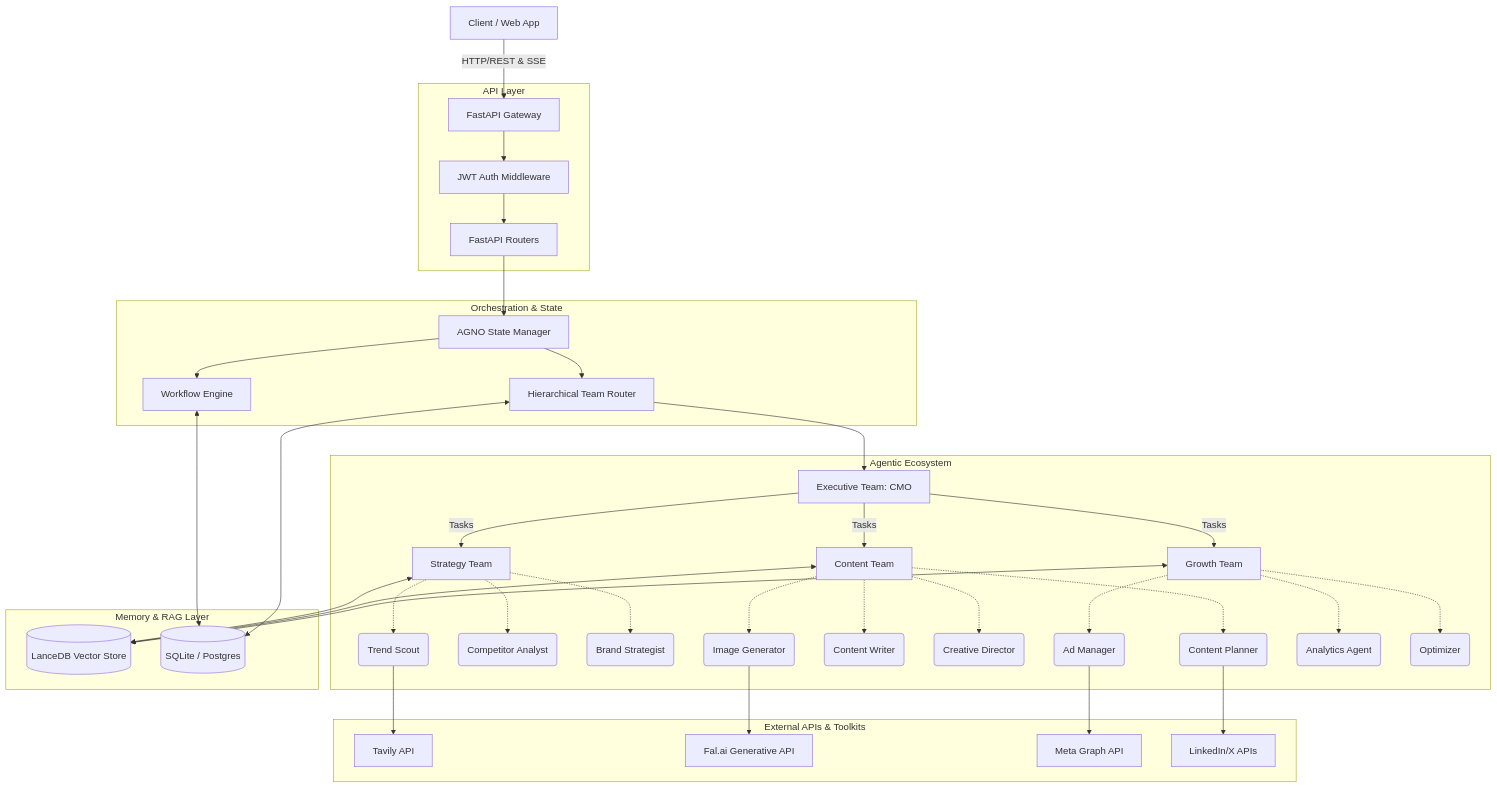
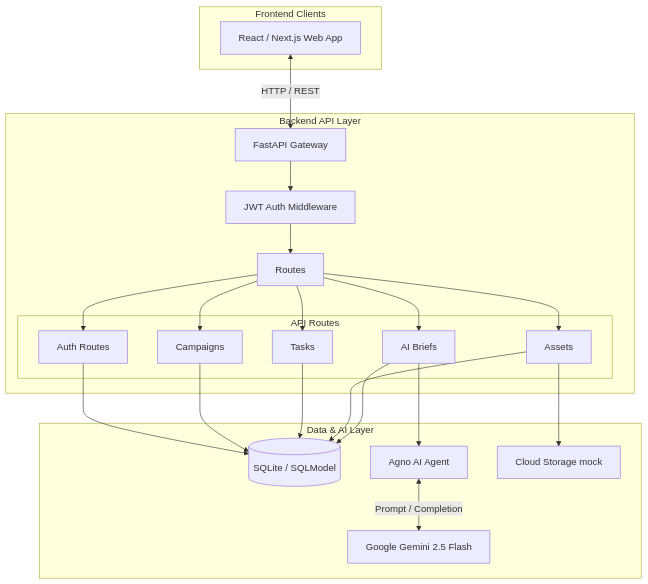
Before and after one commit to larabiislem/gomycode_hackathon: the first of 3 diagrams in README.md, drawn with Mermaid. The commit also changed other lines of this file and 47 other files, not shown here.

````diff
--- a/README.md
+++ b/README.md
@@ -37,49 +35,38 @@
 ```mermaid
 graph TD
-    %% External Interfaces
-    Client[Client / Web App] -->|HTTP/REST & SSE| API[FastAPI Gateway]
-    
-    %% API & Middleware
-    subgraph API Layer
-        API --> Auth[JWT Auth Middleware]
-        Auth --> Routers[FastAPI Routers]
+    subgraph Frontend Clients
+        UI[React / Next.js Web App]
     end
 
-    %% State & Orchestration
-    subgraph Orchestration & State
-        Routers --> StateManager[AGNO State Manager]
-        StateManager --> Workflows[Workflow Engine]
-        StateManager --> TeamRouter[Hierarchical Team Router]
+    subgraph Backend API Layer
+        API[FastAPI Gateway]
+        Auth[JWT Auth Middleware]
+        
+        API --> Auth
+        Auth --> Routes
+        
+        subgraph API Routes
+            AuthR[Auth Routes]
+            Camp[Campaigns]
+            Brief[AI Briefs]
+            Task[Tasks]
+            Asset[Assets]
+        end
     end
 
-    %% Agentic Core
-    subgraph Agentic Ecosystem
-        TeamRouter --> ExecTeam[Executive Team: CMO]
-        
-        ExecTeam -->|Tasks| StratTeam[Strategy Team]
-        ExecTeam -->|Tasks| ContTeam[Content Team]
-        ExecTeam -->|Tasks| GrowthTeam[Growth Team]
-        
-        StratTeam -.-> A1(Trend Scout) & A2(Competitor Analyst) & A3(Brand Strategist)
-        ContTeam -.-> B1(Content Planner) & B2(Content Writer) & B3(Creative Director) & B4(Image Generator)
-        GrowthTeam -.-> C1(Ad Manager) & C2(Analytics Agent) & C3(Optimizer)
+    subgraph Data & AI Layer
+        DB[(SQLite / SQLModel)]
+        AIAgent[Agno AI Agent]
+        LLM[Google Gemini 2.5 Flash]
+        Storage[Cloud Storage mock]
     end
 
-    %% Memory Infrastructure
-    subgraph Memory & RAG Layer
-        StratTeam <--> LanceDB[(LanceDB Vector Store)]
-        ContTeam <--> LanceDB
-        GrowthTeam <--> LanceDB
-        
-        Workflows <--> RelationalDB[(SQLite / Postgres)]
-        TeamRouter <--> RelationalDB
-    end
-
-    %% External Tools
-    subgraph External APIs & Toolkits
-        A1 --> Tavily[Tavily API]
-        B4 --> FalAI[Fal.ai Generative API]
-        C1 --> MetaAds[Meta Graph API]
-        B1 --> Social[LinkedIn/X APIs]
-    end
+    UI <-->|HTTP / REST| API
+    Routes --> AuthR & Camp & Brief & Task & Asset
+    
+    AuthR & Camp & Task --> DB
+    Asset --> Storage & DB
+    Brief --> AIAgent
+    Brief --> DB
+    AIAgent <-->|Prompt / Completion| LLM
 ```
````
